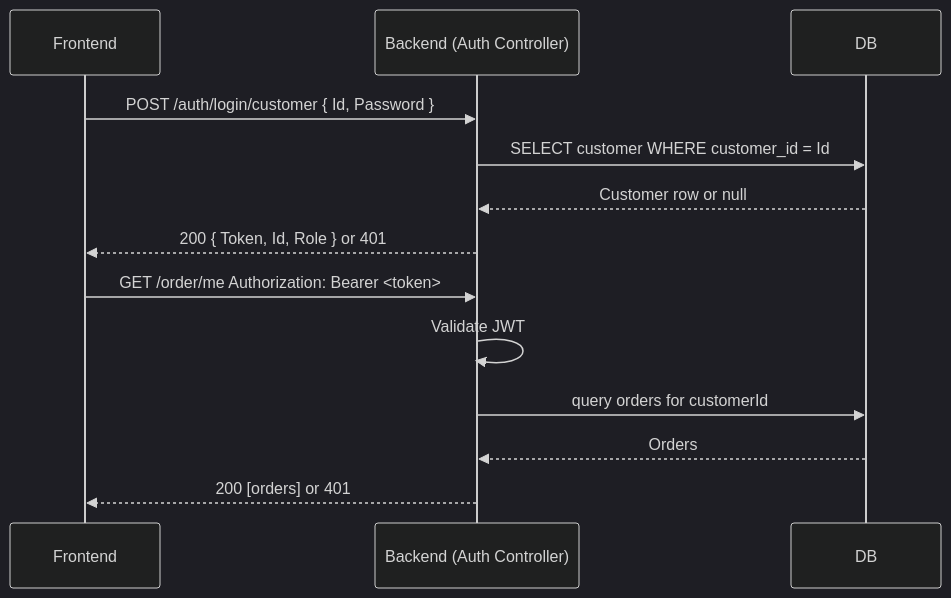
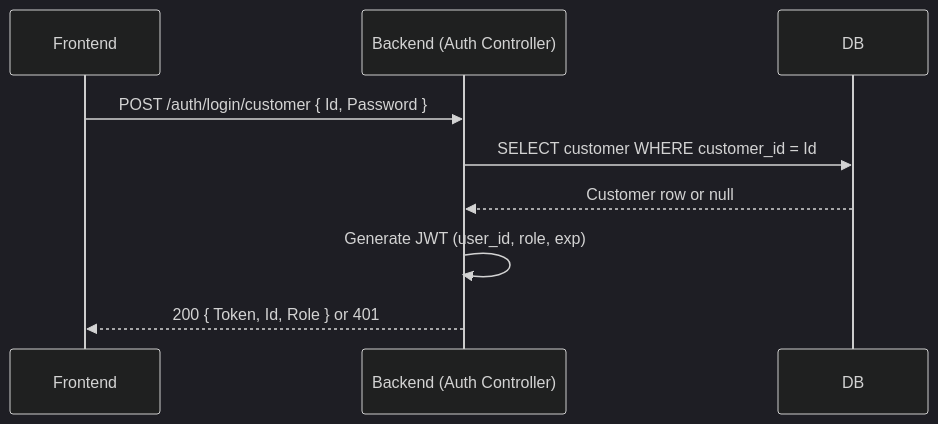
Before and after one commit to morten-l-k/cloud-native-shop: the first of 2 diagrams in backend/README.md, drawn with Mermaid (dark theme). The commit also changed other lines of this file, not shown here.

````diff
--- a/backend/README.md
+++ b/backend/README.md
@@ -25,17 +27,12 @@
 ```mermaid
 sequenceDiagram
     participant Client as Frontend
     participant API as Backend (Auth Controller)
     participant DB
 
     Client->>API: POST /auth/login/customer { Id, Password }
     API->>DB: SELECT customer WHERE customer_id = Id
     DB-->>API: Customer row or null
+    API->>API: Generate JWT (user_id, role, exp)
     API-->>Client: 200 { Token, Id, Role } or 401
-
-    Client->>API: GET /order/me  Authorization: Bearer <token>
-    API->>API: Validate JWT
-    API->>DB: query orders for customerId
-    DB-->>API: Orders
-    API-->>Client: 200 [orders] or 401
 ```
````
